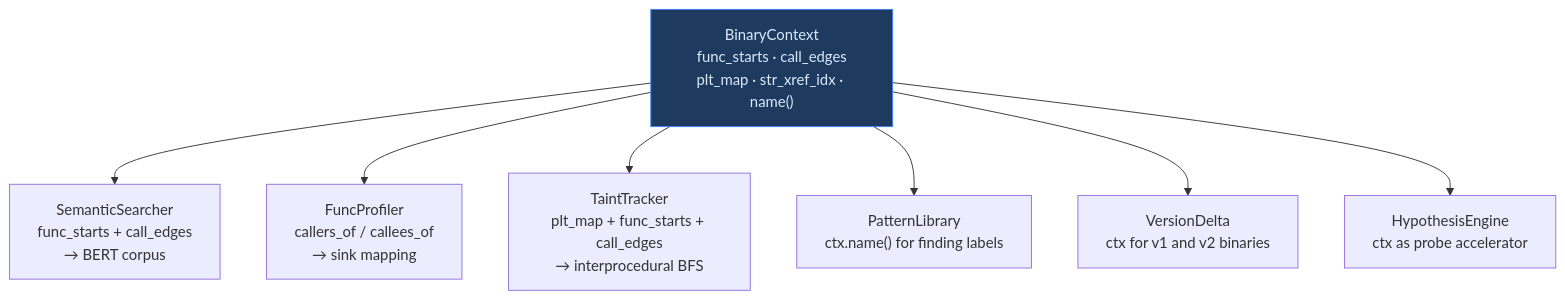
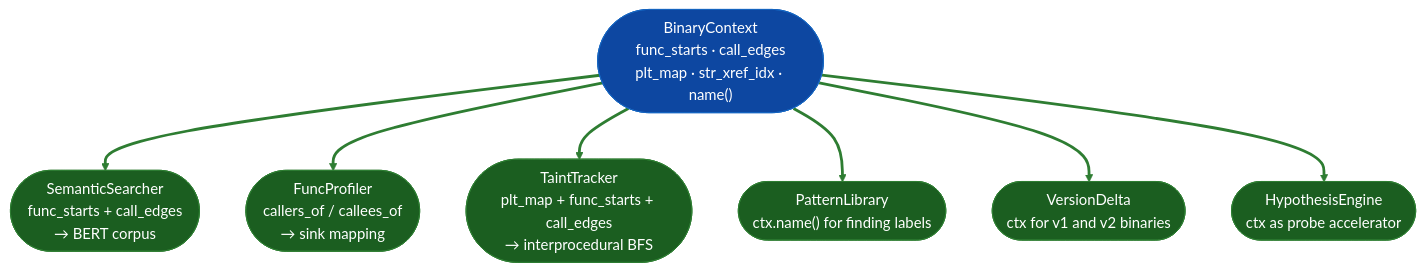
One commit to Ablation-Tool/ablation changed the fifth of 5 diagrams in docs/reference-modules/on-demand-analysis.md. Above: the diagram before and after it, drawn with Mermaid. The commit also changed other lines of this file and 320 other files, not shown here.

First line of the commit message:
docs: apply canonical Mermaid template to all 321 diagrams

````diff
--- a/docs/reference-modules/on-demand-analysis.md
+++ b/docs/reference-modules/on-demand-analysis.md
@@ -314,13 +359,23 @@
 ```mermaid
 flowchart TD
-    BC["BinaryContext\nfunc_starts · call_edges\nplt_map · str_xref_idx · name()"]
+    BC(["BinaryContext\nfunc_starts · call_edges\nplt_map · str_xref_idx · name()"]):::input
 
-    BC --> SS["SemanticSearcher\nfunc_starts + call_edges\n→ BERT corpus"]
-    BC --> FP["FuncProfiler\ncallers_of / callees_of\n→ sink mapping"]
-    BC --> TT["TaintTracker\nplt_map + func_starts + call_edges\n→ interprocedural BFS"]
-    BC --> PL["PatternLibrary\nctx.name() for finding labels"]
-    BC --> VD["VersionDelta\nctx for v1 and v2 binaries"]
-    BC --> HE["HypothesisEngine\nctx as probe accelerator"]
-
-    style BC fill:#1e3a5f,stroke:#3b82f6,color:#dbeafe
+    BC:::input --> SS(["SemanticSearcher\nfunc_starts + call_edges\n→ BERT corpus"]):::output
+    BC:::input --> FP(["FuncProfiler\ncallers_of / callees_of\n→ sink mapping"]):::output
+    BC:::input --> TT(["TaintTracker\nplt_map + func_starts + call_edges\n→ interprocedural BFS"]):::output
+    BC:::input --> PL(["PatternLibrary\nctx.name() for finding labels"]):::output
+    BC:::input --> VD(["VersionDelta\nctx for v1 and v2 binaries"]):::output
+    BC:::input --> HE(["HypothesisEngine\nctx as probe accelerator"]):::output
+    classDef input     fill:#0d47a1,stroke:#1565c0,color:#fff
+    classDef primary   fill:#e65100,stroke:#bf360c,color:#fff
+    classDef secondary fill:#004d40,stroke:#00695c,color:#fff
+    classDef tertiary  fill:#4a148c,stroke:#6a1b9a,color:#fff
+    classDef neutral   fill:#37474f,stroke:#546e7a,color:#fff
+    classDef output    fill:#1b5e20,stroke:#2e7d32,color:#fff
+    linkStyle 0 stroke:#2e7d32,stroke-width:3px
+    linkStyle 1 stroke:#2e7d32,stroke-width:3px
+    linkStyle 2 stroke:#2e7d32,stroke-width:3px
+    linkStyle 3 stroke:#2e7d32,stroke-width:3px
+    linkStyle 4 stroke:#2e7d32,stroke-width:3px
+    linkStyle 5 stroke:#2e7d32,stroke-width:3px
 ```
````
